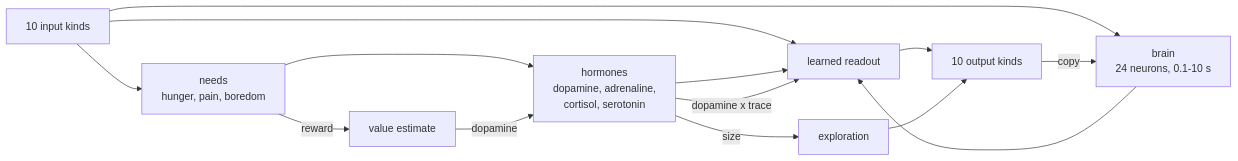
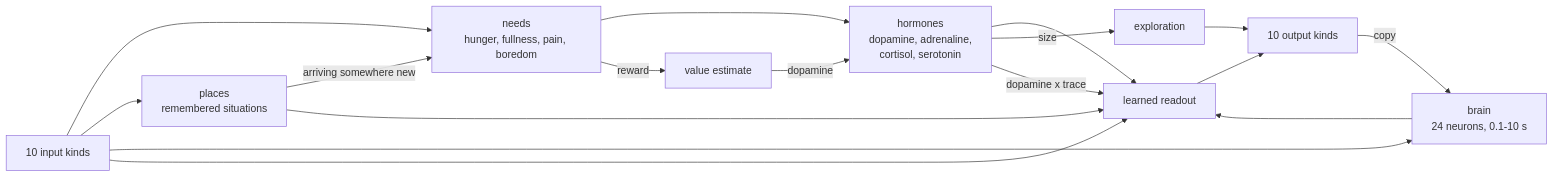
The diagram in docs/life.md (sloev/emergent), drawn with Mermaid before and after one commit. The commit also changed other lines of this file and 6 other files, not shown here.

````diff
--- a/docs/life.md
+++ b/docs/life.md
@@ -84,25 +90,29 @@
 ```mermaid
 graph LR
     ins["10 input kinds"]
-    needs["needs<br/>hunger, pain, boredom"]
+    needs["needs<br/>hunger, fullness, pain, boredom"]
     horm["hormones<br/>dopamine, adrenaline,<br/>cortisol, serotonin"]
     brain["brain<br/>24 neurons, 0.1-10 s"]
     readout["learned readout"]
     explore["exploration"]
     outs["10 output kinds"]
     value["value estimate"]
 
+    places["places<br/>remembered situations"]
     ins --> needs
+    ins --> places
+    places -->|"arriving somewhere new"| needs
+    places --> readout
     ins --> brain
     ins --> readout
     needs --> horm
     needs -->|"reward"| value
     value -->|"dopamine"| horm
     horm --> readout
     horm -->|"size"| explore
     brain --> readout
     readout --> outs
     explore --> outs
     outs -->|"copy"| brain
     horm -->|"dopamine x trace"| readout
 ```
````
